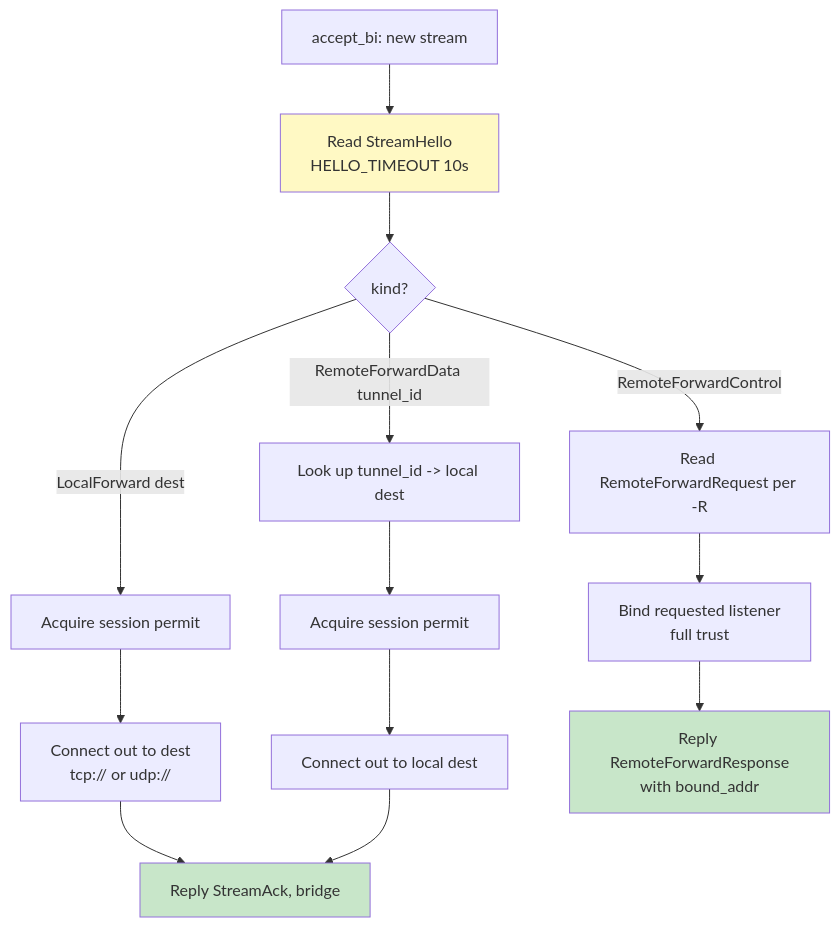
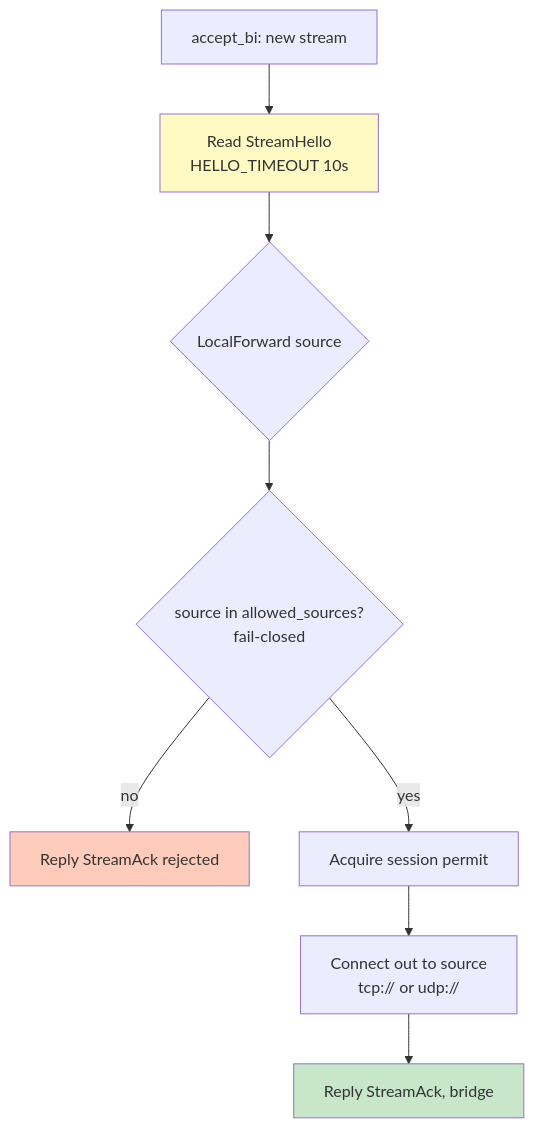
The seventh of 24 diagrams in docs/ARCHITECTURE.md (andrewtheguy/duopipe), drawn with Mermaid before and after one commit. The commit also changed other lines of this file and 13 other files, not shown here.

````diff
--- a/docs/ARCHITECTURE.md
+++ b/docs/ARCHITECTURE.md
@@ -261,22 +261,15 @@
 ```mermaid
 graph TB
     A[accept_bi: new stream] --> B[Read StreamHello<br/>HELLO_TIMEOUT 10s]
-    B --> C{kind?}
+    B --> C{LocalForward source}
 
-    C -->|LocalForward dest| D[Acquire session permit]
-    D --> E[Connect out to dest<br/>tcp:// or udp://]
+    C --> S{source in allowed_sources?<br/>fail-closed}
+    S -->|no| R[Reply StreamAck rejected]
+    S -->|yes| D[Acquire session permit]
+    D --> E[Connect out to source<br/>tcp:// or udp://]
     E --> F[Reply StreamAck, bridge]
-
-    C -->|RemoteForwardData tunnel_id| G[Look up tunnel_id -> local dest]
-    G --> H[Acquire session permit]
-    H --> I[Connect out to local dest]
-    I --> F
-
-    C -->|RemoteForwardControl| J[Read RemoteForwardRequest per -R]
-    J --> K[Bind requested listener<br/>full trust]
-    K --> L[Reply RemoteForwardResponse<br/>with bound_addr]
 
     style B fill:#FFF9C4
     style F fill:#C8E6C9
-    style L fill:#C8E6C9
+    style R fill:#FFCCBC
 ```
````
